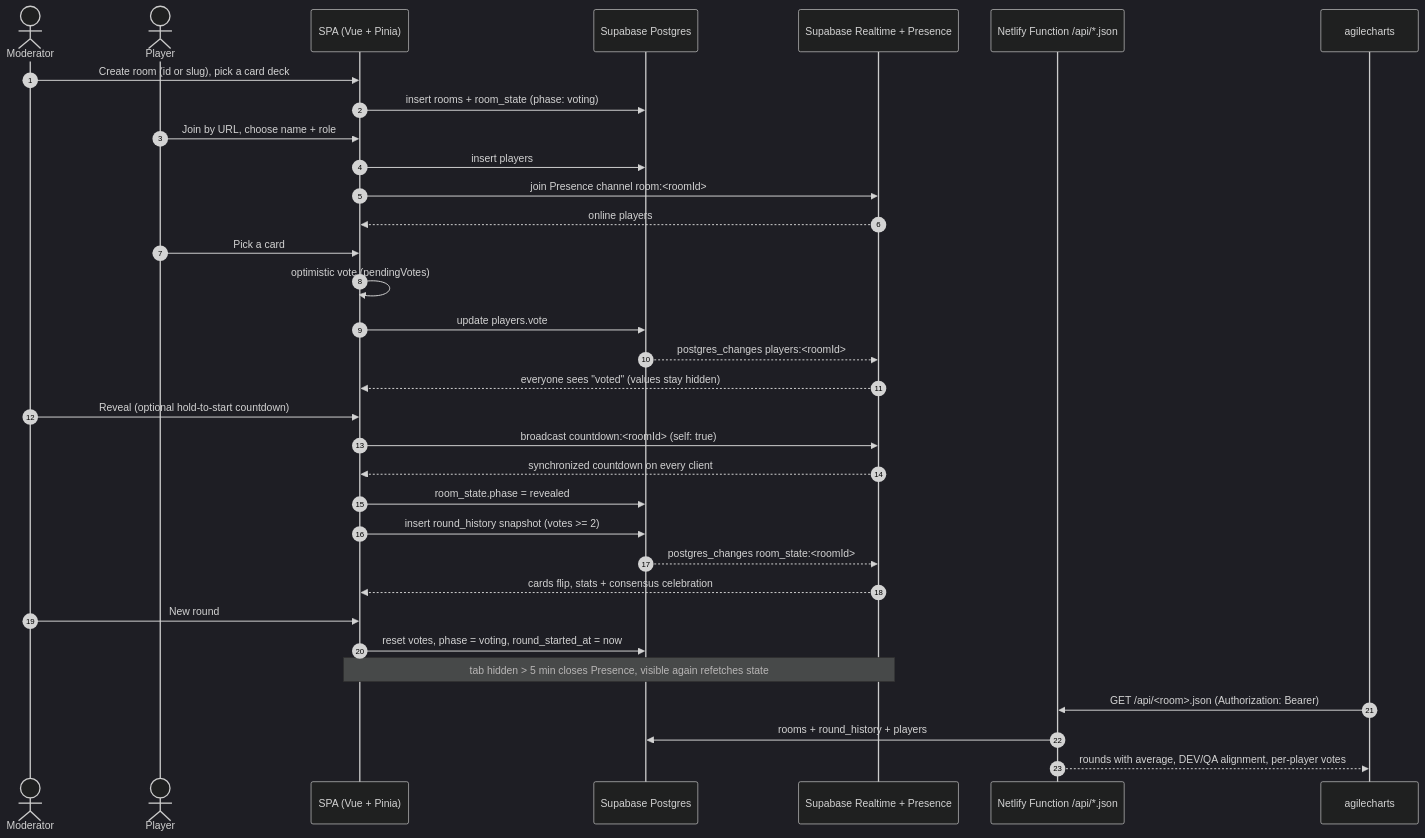
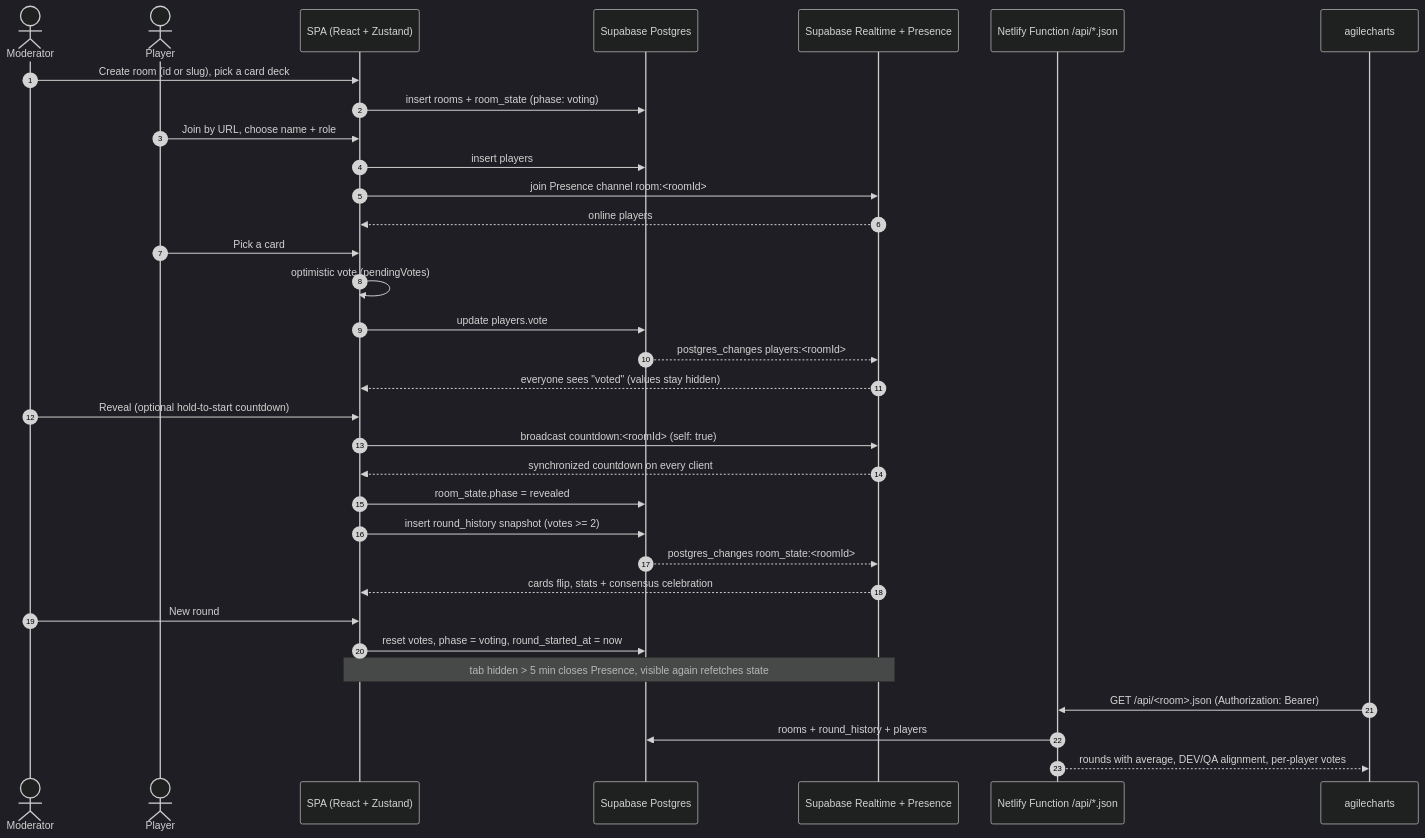
One commit to upstars-global/storypoker changed the diagram in README.md. Above: the diagram before and after it, drawn with Mermaid (dark theme). The commit also changed other lines of this file and 222 other files, not shown here.

First line of the commit message:
Migrate Story Poker from Vue to React 19 and shadcn on Base UI (#46)

````diff
--- a/README.md
+++ b/README.md
@@ -255,36 +298,36 @@
 ```mermaid
 sequenceDiagram
   autonumber
   actor Mod as Moderator
   actor Player as Player
-  participant App as SPA (Vue + Pinia)
+  participant App as SPA (React + Zustand)
   participant DB as Supabase Postgres
   participant RT as Supabase Realtime + Presence
   participant API as Netlify Function /api/*.json
   participant AC as agilecharts
 
   Mod->>App: Create room (id or slug), pick a card deck
   App->>DB: insert rooms + room_state (phase: voting)
   Player->>App: Join by URL, choose name + role
   App->>DB: insert players
   App->>RT: join Presence channel room:<roomId>
   RT-->>App: online players
   Player->>App: Pick a card
   App->>App: optimistic vote (pendingVotes)
   App->>DB: update players.vote
   DB-->>RT: postgres_changes players:<roomId>
   RT-->>App: everyone sees "voted" (values stay hidden)
   Mod->>App: Reveal (optional hold-to-start countdown)
   App->>RT: broadcast countdown:<roomId> (self: true)
   RT-->>App: synchronized countdown on every client
   App->>DB: room_state.phase = revealed
   App->>DB: insert round_history snapshot (votes >= 2)
   DB-->>RT: postgres_changes room_state:<roomId>
   RT-->>App: cards flip, stats + consensus celebration
   Mod->>App: New round
   App->>DB: reset votes, phase = voting, round_started_at = now
   Note over App,RT: tab hidden > 5 min closes Presence, visible again refetches state
   AC->>API: GET /api/<room>.json (Authorization: Bearer)
   API->>DB: rooms + round_history + players
   API-->>AC: rounds with average, DEV/QA alignment, per-player votes
 ```
````
